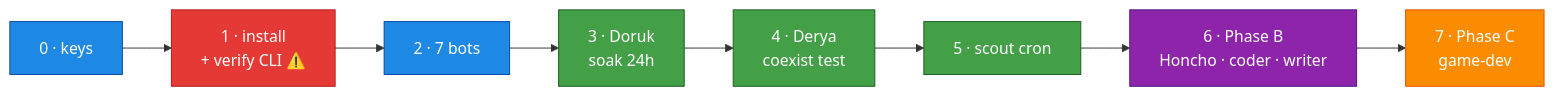
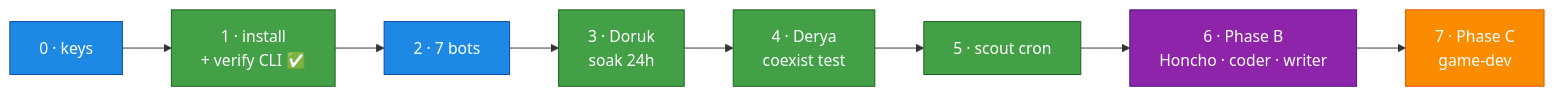
One commit to mpolatcan/hermes-setup changed the diagram in docs/13-deployment-runbook.md. Above: the diagram before and after it, drawn with Mermaid. The commit also changed other lines of this file and 13 other files, not shown here.

First line of the commit message:
docs: resolve Step-1 verify-gates against live Hermes v0.16.0 install

````diff
--- a/docs/13-deployment-runbook.md
+++ b/docs/13-deployment-runbook.md
@@ -11,11 +11,11 @@
 ```mermaid
 flowchart LR
-    s0["0 · keys"]:::p --> s1["1 · install<br/>+ verify CLI ⚠️"]:::v --> s2["2 · 7 bots"]:::p
+    s0["0 · keys"]:::p --> s1["1 · install<br/>+ verify CLI ✅"]:::a --> s2["2 · 7 bots"]:::p
     s2 --> s3["3 · Doruk<br/>soak 24h"]:::a --> s4["4 · Derya<br/>coexist test"]:::a --> s5["5 · scout cron"]:::a
     s5 --> s6["6 · Phase B<br/>Honcho · coder · writer"]:::b --> s7["7 · Phase C<br/>game-dev"]:::c
     classDef p fill:#1E88E5,stroke:#0D47A1,color:#fff
     classDef v fill:#E53935,stroke:#B71C1C,color:#fff
     classDef a fill:#43A047,stroke:#1B5E20,color:#fff
     classDef b fill:#8E24AA,stroke:#4A148C,color:#fff
     classDef c fill:#FB8C00,stroke:#E65100,color:#fff
 ```
````
